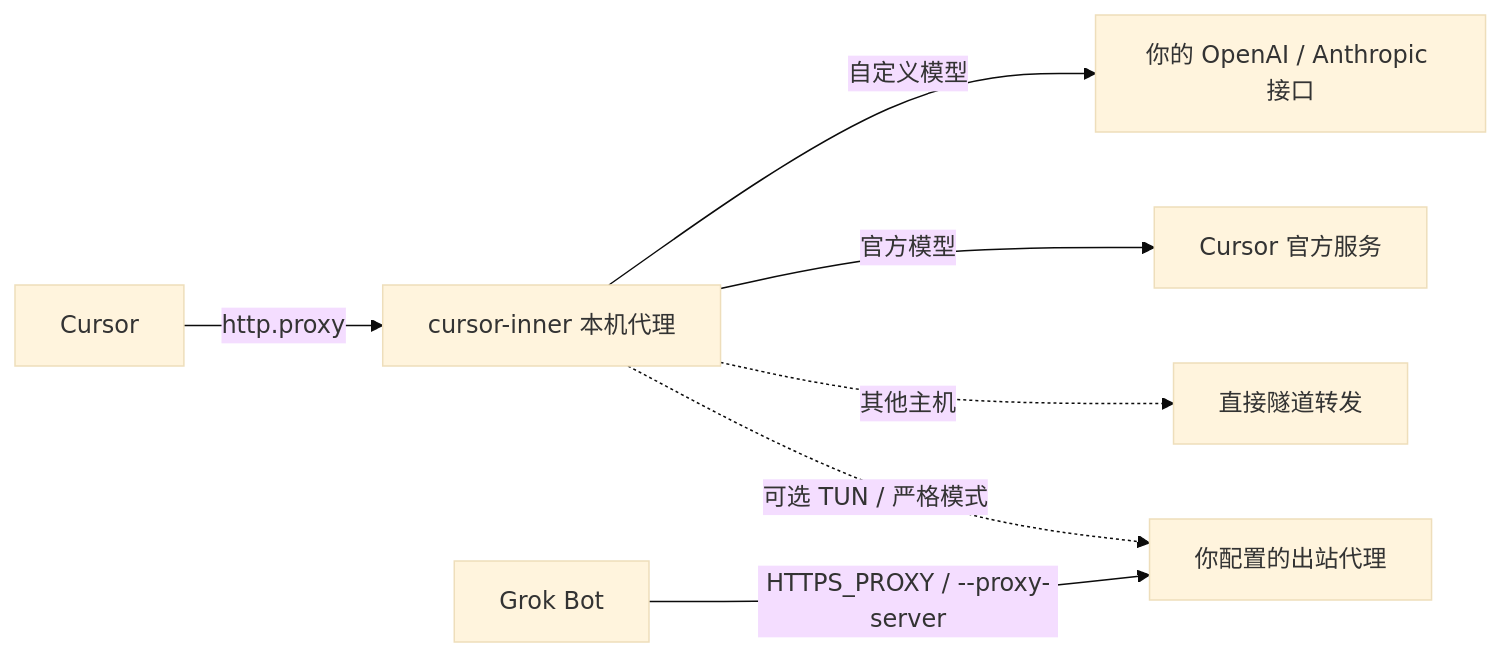
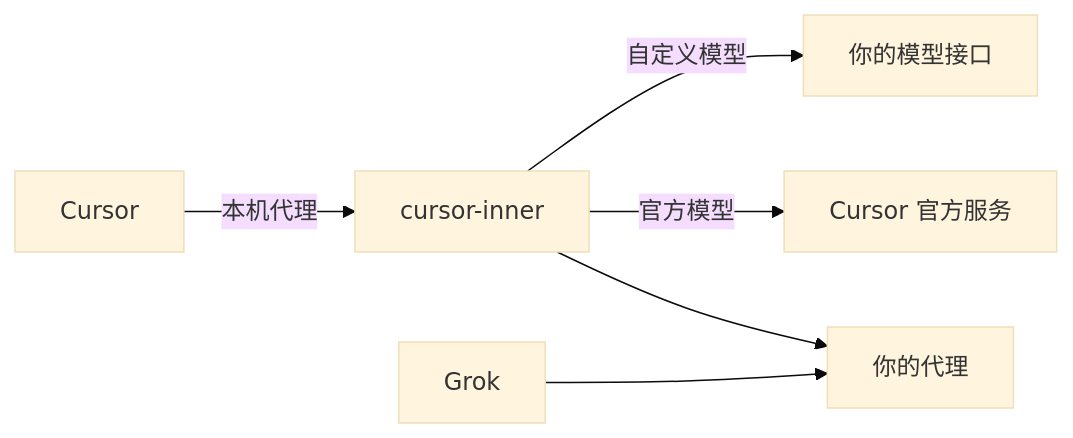
The diagram in README.md (CSGrandeur/cursor-inner), drawn with Mermaid (base theme) before and after one commit. The commit also changed other lines of this file and 86 other files, not shown here.

First line of the commit message:
cursor-inner v0.5.4

````diff
--- a/README.md
+++ b/README.md
@@ -151,9 +132,8 @@
 ```mermaid
 flowchart LR
-    Cursor -->|http.proxy| CI["cursor-inner 本机代理"]
-    CI -->|自定义模型| YourAPI["你的 OpenAI / Anthropic 接口"]
+    Cursor -->|本机代理| CI["cursor-inner"]
+    CI -->|自定义模型| YourAPI["你的模型接口"]
     CI -->|官方模型| Official["Cursor 官方服务"]
-    CI -. 其他主机 .-> Tunnel["直接隧道转发"]
-    Grok["Grok Bot"] -->|HTTPS_PROXY / --proxy-server| Proxy["你配置的出站代理"]
-    CI -. 可选 TUN / 严格模式 .-> Proxy
+    Grok["Grok"] --> Proxy["你的代理"]
+    CI --> Proxy
 ```
````
